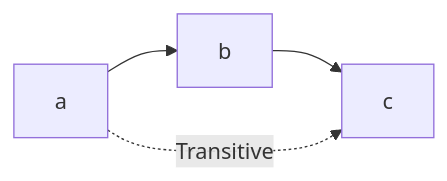
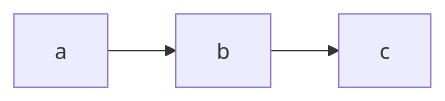
The diagram in content/posts/understanding-nf-in-rw-systems.md (WilliamRagstad/WilliamRagstad.github.io), drawn with Mermaid before and after one commit. The commit also changed other lines of this file, not shown here.

```diff
--- a/content/posts/understanding-nf-in-rw-systems.md
+++ b/content/posts/understanding-nf-in-rw-systems.md
@@ -48,6 +50,5 @@
 {{< mermaid >}}
 graph LR;
  a --> b
  b --> c
- a -.->|Transitive| c
 {{< /mermaid >}}
```
